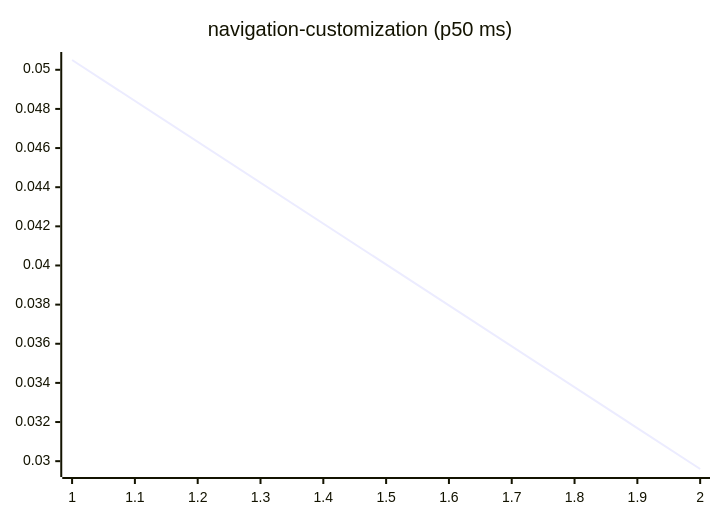
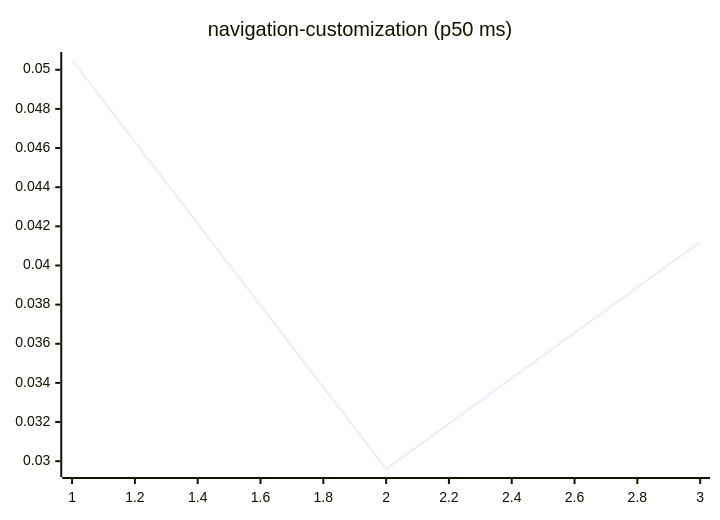
Diagram 15 of 27 in README.md (josha/Facet), drawn with Mermaid before and after one commit. The commit also changed other lines of this file and 2 other files, not shown here.

````diff
--- a/README.md
+++ b/README.md
@@ -161,6 +161,6 @@
 ```mermaid
 xychart-beta
     title "navigation-customization (p50 ms)"
-    x-axis 1 --> 2
-    line [0.0505, 0.0296]
+    x-axis 1 --> 3
+    line [0.0505, 0.0296, 0.0412]
 ```
````
